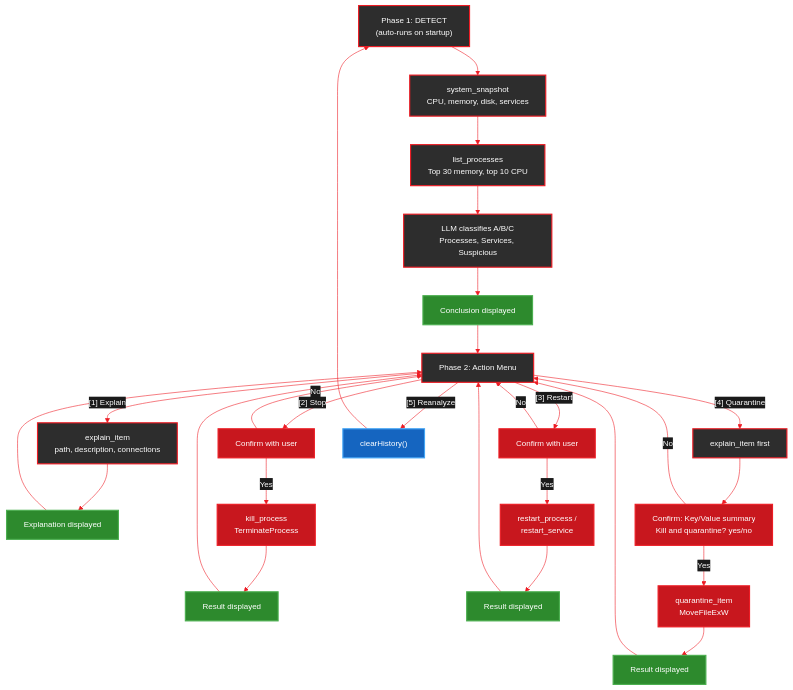
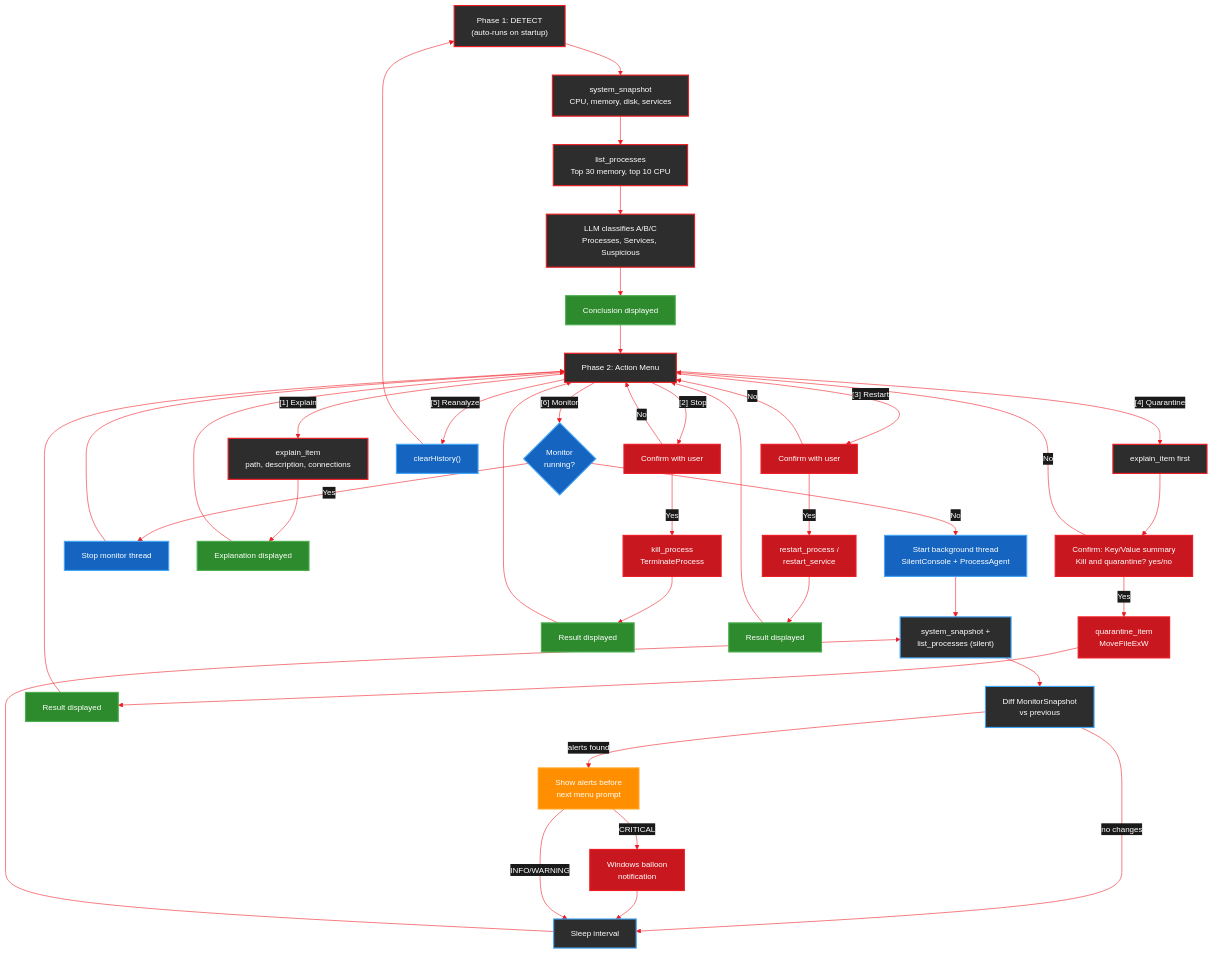
Before and after one commit to amd/gaia: the second of 2 diagrams in docs/guides/cpp/process-agent.mdx, drawn with Mermaid. The commit also changed other lines of this file and 4 other files, not shown here.

First line of the commit message:
feat: add background monitoring to ProcessAgent

````diff
--- a/docs/guides/cpp/process-agent.mdx
+++ b/docs/guides/cpp/process-agent.mdx
@@ -417,56 +452,76 @@
 ```mermaid
 %%{init: {'theme':'base', 'themeVariables': { 'primaryColor':'#ED1C24', 'fontSize':'14px', 'lineColor':'#ED1C24', 'primaryTextColor':'#fff', 'edgeLabelBackground':'#1a1a1a'}, 'flowchart': {'curve': 'basis'}}}%%
 flowchart TD
     START["Phase 1: DETECT<br/>(auto-runs on startup)"] --> SS["system_snapshot<br/>CPU, memory, disk, services"]
     SS --> LP["list_processes<br/>Top 30 memory, top 10 CPU"]
     LP --> CLASS["LLM classifies A/B/C<br/>Processes, Services, Suspicious"]
     CLASS --> CONC1["Conclusion displayed"]
     CONC1 --> MENU["Phase 2: Action Menu"]
 
     MENU -->|"[1] Explain"| EX["explain_item<br/>path, description, connections"]
     MENU -->|"[2] Stop"| CONF_S["Confirm with user"]
     MENU -->|"[3] Restart"| CONF_R["Confirm with user"]
     MENU -->|"[4] Quarantine"| EX_Q["explain_item first"]
     MENU -->|"[5] Reanalyze"| CLEAR["clearHistory()"]
+    MENU -->|"[6] Monitor"| MTOG{"Monitor\nrunning?"}
+    MTOG -->|No| MSTART["Start background thread<br/>SilentConsole + ProcessAgent"]
+    MTOG -->|Yes| MSTOP["Stop monitor thread"]
+    MSTART --> MSCAN["system_snapshot +<br/>list_processes (silent)"]
+    MSCAN --> MDIFF["Diff MonitorSnapshot<br/>vs previous"]
+    MDIFF -->|"alerts found"| MALERT["Show alerts before<br/>next menu prompt"]
+    MDIFF -->|"no changes"| MWAIT["Sleep interval"]
+    MALERT -->|"CRITICAL"| MBALLOON["Windows balloon<br/>notification"]
+    MBALLOON --> MWAIT
+    MALERT -->|"INFO/WARNING"| MWAIT
+    MWAIT --> MSCAN
+    MSTOP --> MENU
 
     EX --> ANS1["Explanation displayed"]
     ANS1 --> MENU
 
     CONF_S -->|Yes| KILL["kill_process<br/>TerminateProcess"]
     CONF_S -->|No| MENU
     KILL --> ANS2["Result displayed"]
     ANS2 --> MENU
 
     CONF_R -->|Yes| RESTART["restart_process /<br/>restart_service"]
     CONF_R -->|No| MENU
     RESTART --> ANS3["Result displayed"]
     ANS3 --> MENU
 
     EX_Q --> CONF_Q["Confirm: Key/Value summary<br/>Kill and quarantine? yes/no"]
     CONF_Q -->|Yes| QUAR["quarantine_item<br/>MoveFileExW"]
     CONF_Q -->|No| MENU
     QUAR --> ANS4["Result displayed"]
     ANS4 --> MENU
 
     CLEAR --> START
 
     style START fill:#2d2d2d,stroke:#ED1C24,stroke-width:2px,color:#fff
     style SS fill:#2d2d2d,stroke:#ED1C24,stroke-width:2px,color:#fff
     style LP fill:#2d2d2d,stroke:#ED1C24,stroke-width:2px,color:#fff
     style CLASS fill:#2d2d2d,stroke:#ED1C24,stroke-width:2px,color:#fff
     style CONC1 fill:#2d8a2d,stroke:#4CAF50,stroke-width:2px,color:#fff
     style MENU fill:#2d2d2d,stroke:#ED1C24,stroke-width:2px,color:#fff
     style EX fill:#2d2d2d,stroke:#ED1C24,stroke-width:2px,color:#fff
     style CONF_S fill:#C8171E,stroke:#ED1C24,stroke-width:2px,color:#fff
     style CONF_R fill:#C8171E,stroke:#ED1C24,stroke-width:2px,color:#fff
     style EX_Q fill:#2d2d2d,stroke:#ED1C24,stroke-width:2px,color:#fff
     style CONF_Q fill:#C8171E,stroke:#ED1C24,stroke-width:2px,color:#fff
     style KILL fill:#C8171E,stroke:#ED1C24,stroke-width:2px,color:#fff
     style RESTART fill:#C8171E,stroke:#ED1C24,stroke-width:2px,color:#fff
     style QUAR fill:#C8171E,stroke:#ED1C24,stroke-width:2px,color:#fff
     style CLEAR fill:#1565C0,stroke:#42A5F5,stroke-width:2px,color:#fff
+    style MTOG fill:#1565C0,stroke:#42A5F5,stroke-width:2px,color:#fff
+    style MSTART fill:#1565C0,stroke:#42A5F5,stroke-width:2px,color:#fff
+    style MSTOP fill:#1565C0,stroke:#42A5F5,stroke-width:2px,color:#fff
+    style MSCAN fill:#2d2d2d,stroke:#42A5F5,stroke-width:2px,color:#fff
+    style MDIFF fill:#2d2d2d,stroke:#42A5F5,stroke-width:2px,color:#fff
+    style MALERT fill:#FF8F00,stroke:#FFA726,stroke-width:2px,color:#fff
+    style MBALLOON fill:#C8171E,stroke:#ED1C24,stroke-width:2px,color:#fff
+    style MWAIT fill:#2d2d2d,stroke:#42A5F5,stroke-width:2px,color:#fff
     style ANS1 fill:#2d8a2d,stroke:#4CAF50,stroke-width:2px,color:#fff
     style ANS2 fill:#2d8a2d,stroke:#4CAF50,stroke-width:2px,color:#fff
     style ANS3 fill:#2d8a2d,stroke:#4CAF50,stroke-width:2px,color:#fff
     style ANS4 fill:#2d8a2d,stroke:#4CAF50,stroke-width:2px,color:#fff
 ```
````
